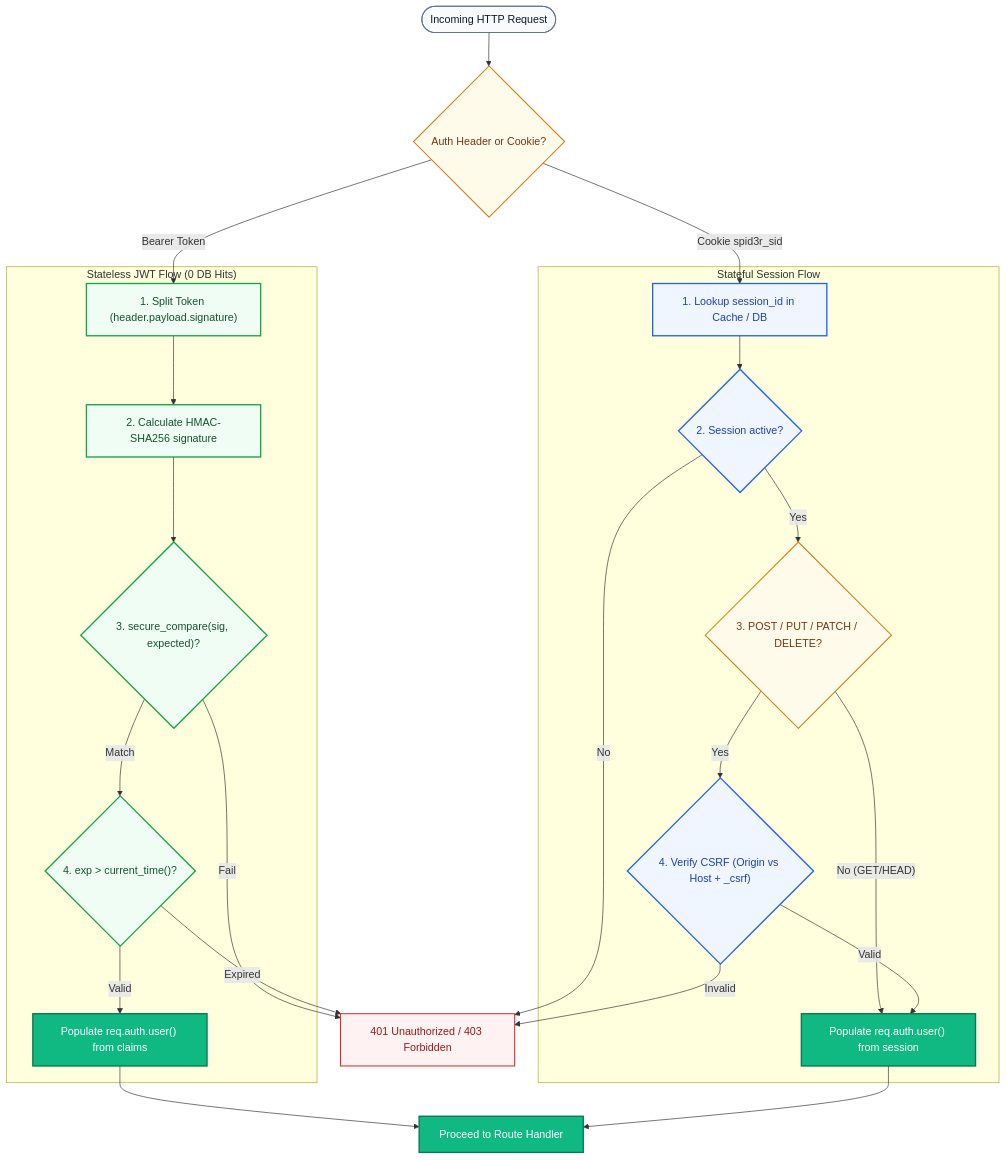
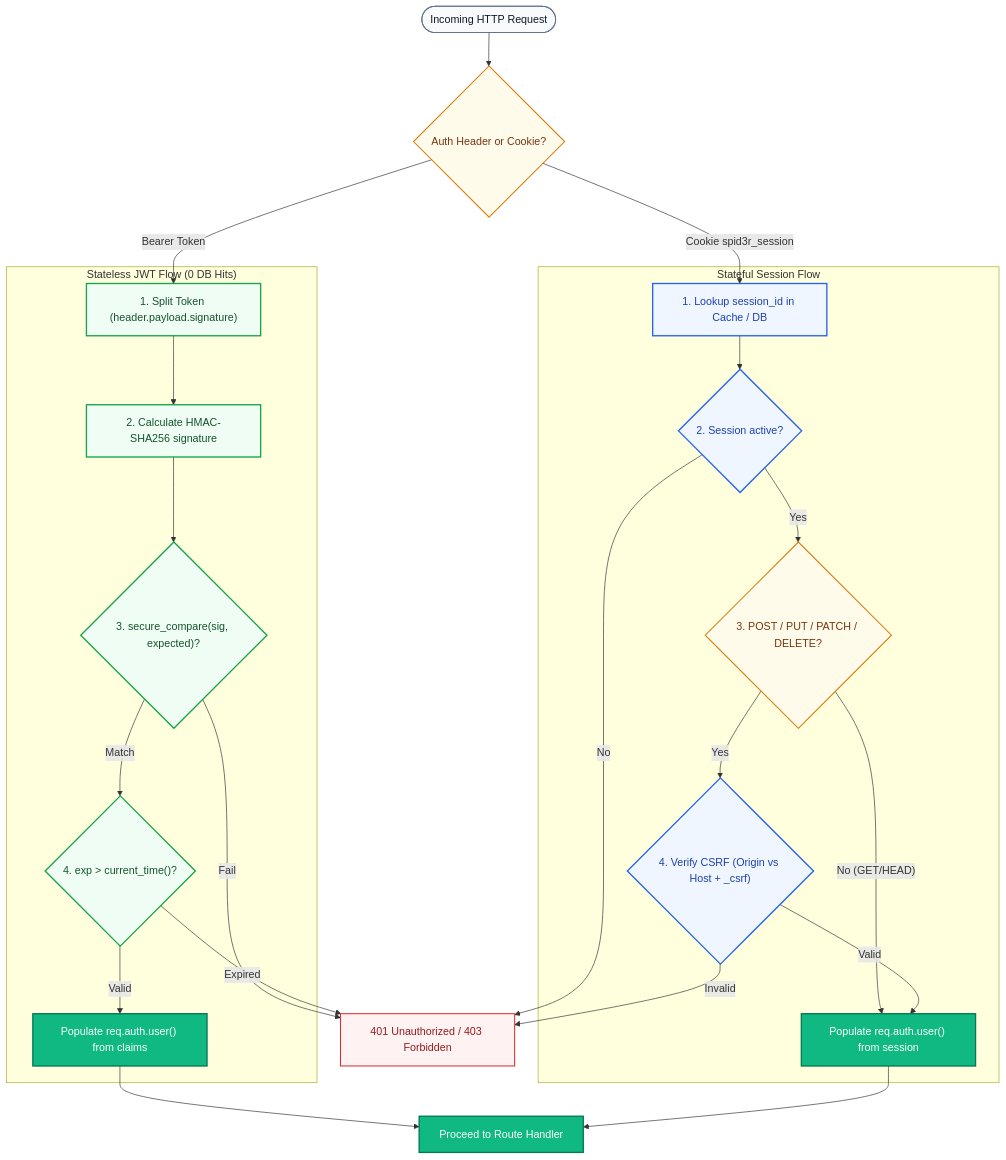
Before and after one commit to needyamin/spid3r_web: the diagram in docs/diagrams/auth-flow.mmd, drawn with Mermaid. The commit also changed 171 other files, not shown here.

Commit message:
Phases 0-7: safety, hygiene, modern syntax, structure, runtime hardening, release tooling, DX, polish; refresh developer docs and diagrams

```diff
--- a/docs/diagrams/auth-flow.mmd
+++ b/docs/diagrams/auth-flow.mmd
@@ -1,46 +1,46 @@
 flowchart TD
     classDef client fill:#f8fafc,stroke:#64748b,stroke-width:1.5px,color:#0f172a;
     classDef dec fill:#fffbeb,stroke:#d97706,stroke-width:1.5px,color:#78350f;
     classDef jwt fill:#f0fdf4,stroke:#16a34a,stroke-width:2px,color:#14532d;
     classDef sess fill:#eff6ff,stroke:#2563eb,stroke-width:2px,color:#1e40af;
     classDef err fill:#fef2f2,stroke:#dc2626,stroke-width:1.5px,color:#991b1b;
     classDef ok fill:#10b981,stroke:#047857,stroke-width:2px,color:#ffffff;
 
     Req(["Incoming HTTP Request"]):::client
     Check{"Auth Header or Cookie?"}:::dec
 
     subgraph JWTFlow ["Stateless JWT Flow (0 DB Hits)"]
         Split["1. Split Token (header.payload.signature)"]:::jwt
         HMAC["2. Calculate HMAC-SHA256 signature"]:::jwt
         Comp{"3. secure_compare(sig, expected)?"}:::jwt
         Exp{"4. exp > current_time()?"}:::jwt
         JWTUser["Populate req.auth.user() from claims"]:::ok
     end
 
     subgraph SessFlow ["Stateful Session Flow"]
         FindSess["1. Lookup session_id in Cache / DB"]:::sess
         SessFound{"2. Session active?"}:::sess
         Mutating{"3. POST / PUT / PATCH / DELETE?"}:::dec
         CSRF{"4. Verify CSRF (Origin vs Host + _csrf)"}:::sess
         SessUser["Populate req.auth.user() from session"]:::ok
     end
 
     AuthFail["401 Unauthorized / 403 Forbidden"]:::err
     Handler["Proceed to Route Handler"]:::ok
 
     Req --> Check
     Check -- Bearer Token --> Split
     Split --> HMAC --> Comp
     Comp -- Match --> Exp
     Exp -- Valid --> JWTUser --> Handler
     Comp -- Fail --> AuthFail
     Exp -- Expired --> AuthFail
 
-    Check -- Cookie spid3r_sid --> FindSess
+    Check -- Cookie spid3r_session --> FindSess
     FindSess --> SessFound
     SessFound -- Yes --> Mutating
     SessFound -- No --> AuthFail
     Mutating -- Yes --> CSRF
     Mutating -- No (GET/HEAD) --> SessUser --> Handler
     CSRF -- Valid --> SessUser
     CSRF -- Invalid --> AuthFail
```
